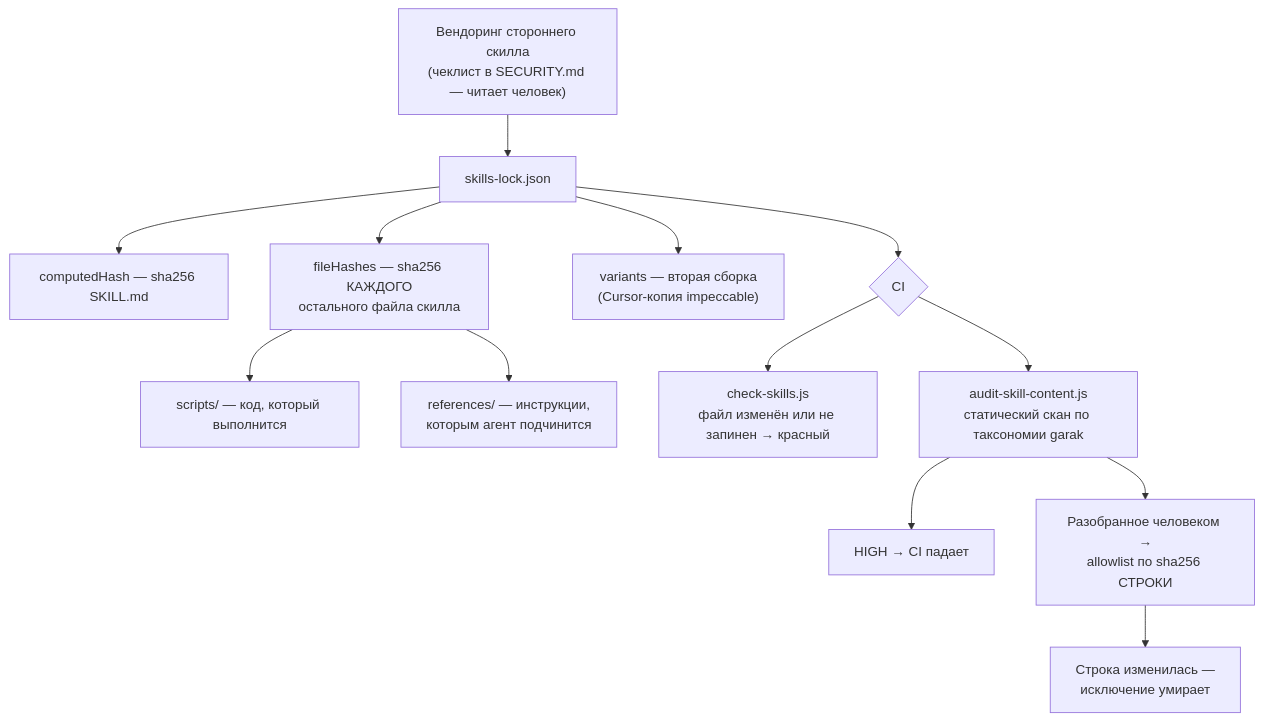
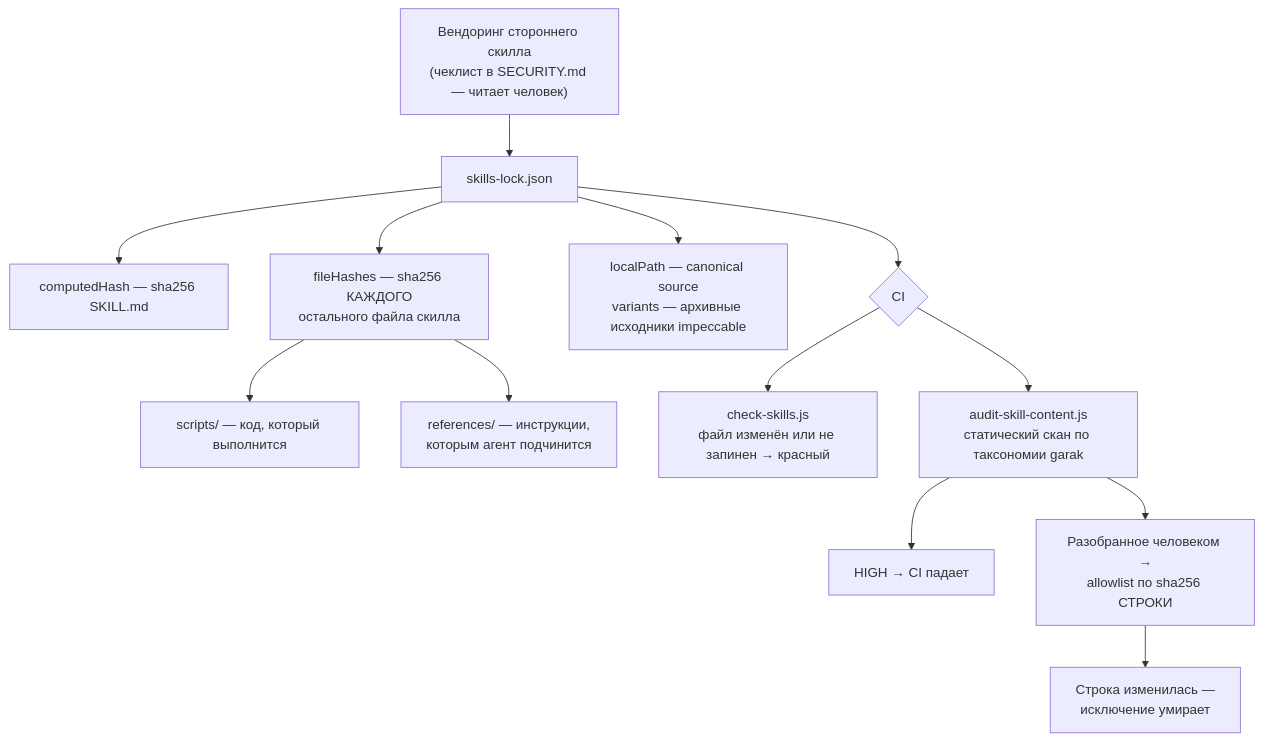
One commit to MFGod/agents-config changed diagram 11 of 11 in FLOW.md. Above: the diagram before and after it, drawn with Mermaid. The commit also changed other lines of this file and 450 other files, not shown here.

````diff
--- a/FLOW.md
+++ b/FLOW.md
@@ -322,18 +308,18 @@
 ```mermaid
 flowchart TD
     V["Вендоринг стороннего скилла\n(чеклист в SECURITY.md — читает человек)"] --> L["skills-lock.json"]
 
     L --> L1["computedHash — sha256 SKILL.md"]
     L --> L2["fileHashes — sha256 КАЖДОГО\nостального файла скилла"]
     L2 --> L2a["scripts/ — код, который выполнится"]
     L2 --> L2b["references/ — инструкции,\nкоторым агент подчинится"]
-    L --> L3["variants — вторая сборка\n(Cursor-копия impeccable)"]
+    L --> L3["localPath — canonical source\nvariants — архивные исходники impeccable"]
 
     L --> CI{"CI"}
     CI --> C1["check-skills.js\nфайл изменён или не запинен → красный"]
     CI --> C2["audit-skill-content.js\nстатический скан по таксономии garak"]
 
     C2 --> C2a["HIGH → CI падает"]
     C2 --> C2b["Разобранное человеком →\nallowlist по sha256 СТРОКИ"]
     C2b --> C2c["Строка изменилась —\nисключение умирает"]
 ```
````
